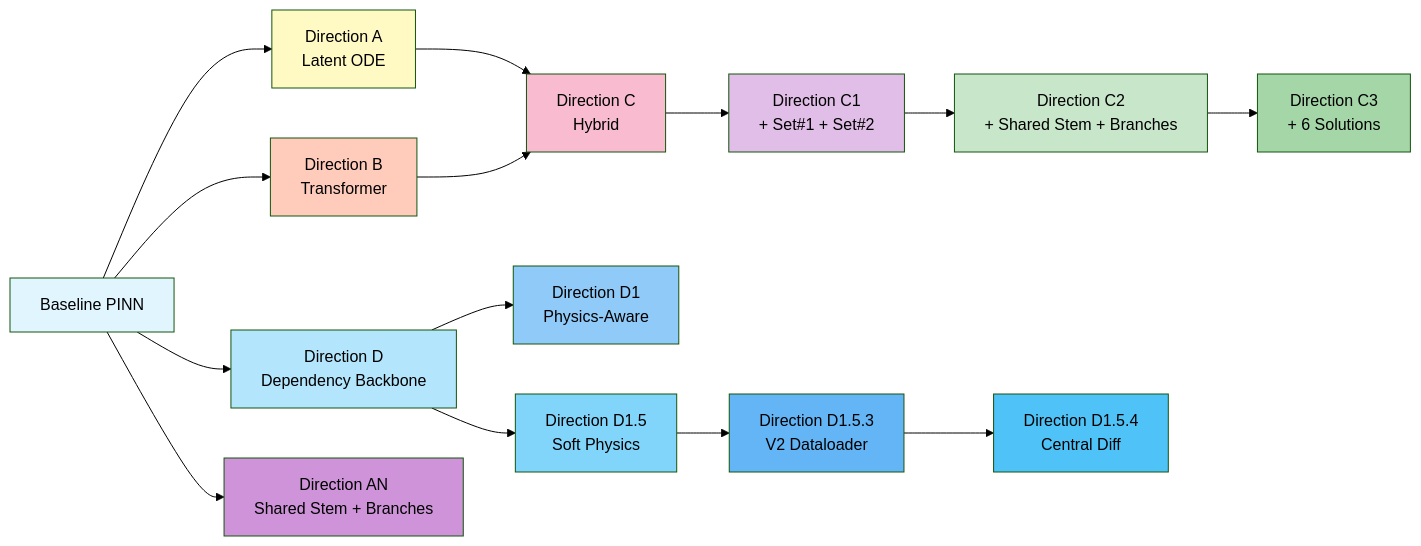
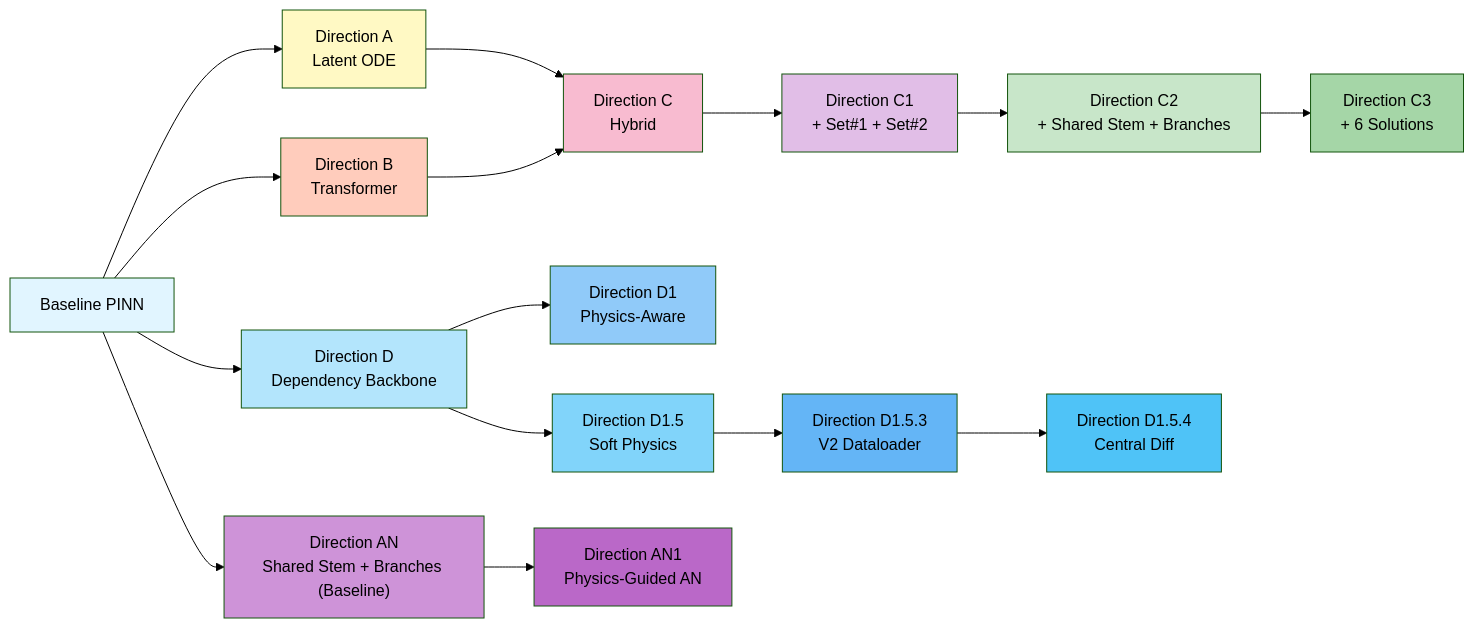
One commit to hahahuy/thesis-rocket-trajectory-optimizer changed diagram 14 of 14 in docs/architecture_diagram.md. Above: the diagram before and after it, drawn with Mermaid (forest theme). The commit also changed other lines of this file and 5 other files, not shown here.

````diff
--- a/docs/architecture_diagram.md
+++ b/docs/architecture_diagram.md
@@ -595,30 +647,32 @@
 ```mermaid
 graph LR
     A["Baseline PINN"] --> B["Direction A<br/>Latent ODE"]
     A --> C["Direction B<br/>Transformer"]
     B --> D["Direction C<br/>Hybrid"]
     C --> D
     D --> E["Direction C1<br/>+ Set#1 + Set#2"]
     E --> F["Direction C2<br/>+ Shared Stem + Branches"]
     F --> G["Direction C3<br/>+ 6 Solutions"]
     A --> H["Direction D<br/>Dependency Backbone"]
     H --> I["Direction D1<br/>Physics-Aware"]
     H --> J["Direction D1.5<br/>Soft Physics"]
     J --> K["Direction D1.5.3<br/>V2 Dataloader"]
     K --> K2["Direction D1.5.4<br/>Central Diff"]
-    A --> L["Direction AN<br/>Shared Stem + Branches"]
+    A --> L["Direction AN<br/>Shared Stem + Branches (Baseline)"]
+    L --> M["Direction AN1<br/>Physics-Guided AN"]
     
     style A fill:#e1f5ff,color:#000000
     style B fill:#fff9c4,color:#000000
     style C fill:#ffccbc,color:#000000
     style D fill:#f8bbd0,color:#000000
     style E fill:#e1bee7,color:#000000
     style F fill:#c8e6c9,color:#000000
     style G fill:#a5d6a7,color:#000000
     style H fill:#b3e5fc,color:#000000
     style I fill:#90caf9,color:#000000
     style J fill:#81d4fa,color:#000000
     style K fill:#64b5f6,color:#000000
     style K2 fill:#4fc3f7,color:#000000
     style L fill:#ce93d8,color:#000000
+    style M fill:#ba68c8,color:#000000
 ```
````
